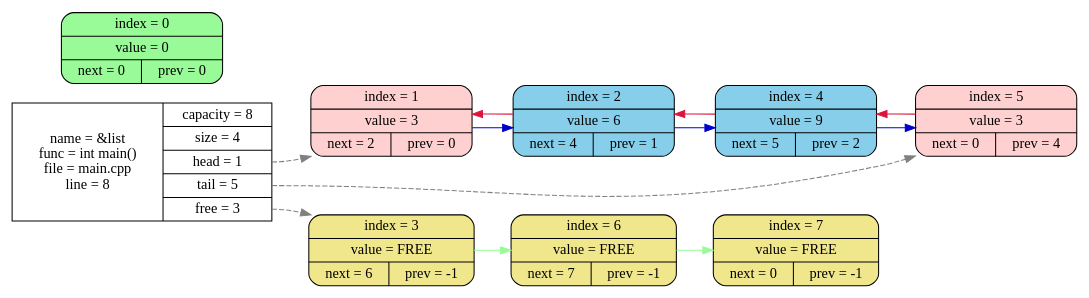
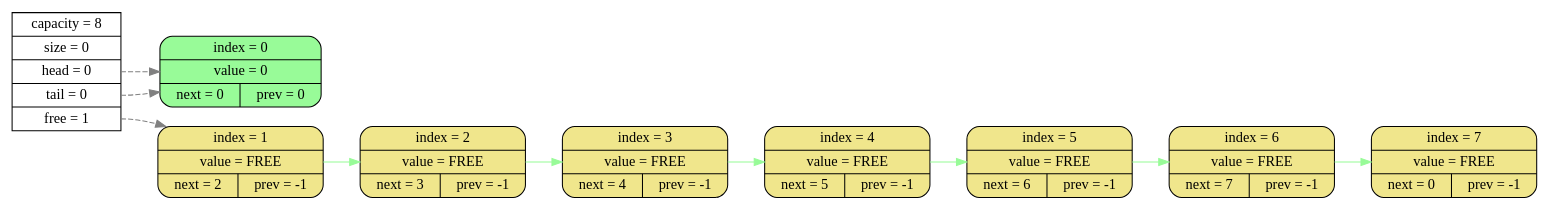
One commit to esgalimov/list changed the diagram in graphiz.dot. Above: the diagram before and after it, drawn with Graphviz. The commit also changed 15 other files, not shown here.

```diff
--- a/graphiz.dot
+++ b/graphiz.dot
@@ -1,34 +1,31 @@
 digraph
 {
     rankdir = LR;
-    node_info[shape = record, label = "{{name = &list \n func = int main() \n file = main.cpp \n
-              line = 8} | {capacity = 8 | size = 4 | <f0> head = 1 | <f1> tail = 5 | <f2> free = 3}}"];
+    node_info[shape = record, label = "{{capacity = 8 | size = 0 | <f0> head = 0 | <f1> tail = 0 | <f2> free = 1}}"];
 
     node0[shape = Mrecord, label = "{index = 0} | {value = 0} | {next = 0 | prev = 0}",
             style="filled", fillcolor="#98FB98"];
-    node1[shape = Mrecord, label = "{index = 1} | {value = 3} | {next = 2 | prev = 0}",
-            style="filled", fillcolor="#FFD0D0"];
-    node2[shape = Mrecord, label = "{index = 2} | {value = 6} | {next = 4 | prev = 1}",
-            style="filled", fillcolor="#87CEEB"];
-    node3[shape = Mrecord, label = "{index = 3} | {value = FREE} | {next = 6 | prev = -1}",
+    node1[shape = Mrecord, label = "{index = 1} | {value = FREE} | {next = 2 | prev = -1}",
             style="filled", fillcolor="#F0E68C"];
-    node4[shape = Mrecord, label = "{index = 4} | {value = 9} | {next = 5 | prev = 2}",
-            style="filled", fillcolor="#87CEEB"];
-    node5[shape = Mrecord, label = "{index = 5} | {value = 3} | {next = 0 | prev = 4}",
-            style="filled", fillcolor="#FFD0D0"];
+    node2[shape = Mrecord, label = "{index = 2} | {value = FREE} | {next = 3 | prev = -1}",
+            style="filled", fillcolor="#F0E68C"];
+    node3[shape = Mrecord, label = "{index = 3} | {value = FREE} | {next = 4 | prev = -1}",
+            style="filled", fillcolor="#F0E68C"];
+    node4[shape = Mrecord, label = "{index = 4} | {value = FREE} | {next = 5 | prev = -1}",
+            style="filled", fillcolor="#F0E68C"];
+    node5[shape = Mrecord, label = "{index = 5} | {value = FREE} | {next = 6 | prev = -1}",
+            style="filled", fillcolor="#F0E68C"];
     node6[shape = Mrecord, label = "{index = 6} | {value = FREE} | {next = 7 | prev = -1}",
             style="filled", fillcolor="#F0E68C"];
     node7[shape = Mrecord, label = "{index = 7} | {value = FREE} | {next = 0 | prev = -1}",
             style="filled", fillcolor="#F0E68C"];
-    node1->node2 [color = "#0000CD"];
-    node2->node1 [color = "#DC143C"];
-    node2->node4 [color = "#0000CD"];
-    node3->node6 [color = "#98FB98"];
-    node4->node2 [color = "#DC143C"];
-    node4->node5 [color = "#0000CD"];
-    node5->node4 [color = "#DC143C"];
+    node1->node2 [color = "#98FB98"];
+    node2->node3 [color = "#98FB98"];
+    node3->node4 [color = "#98FB98"];
+    node4->node5 [color = "#98FB98"];
+    node5->node6 [color = "#98FB98"];
     node6->node7 [color = "#98FB98"];
-    node_info:<f0>->node1 [color = "gray", style="dashed"];
-    node_info:<f1>->node5 [color = "gray", style="dashed"];
-    node_info:<f2>->node3 [color = "gray", style="dashed"];
+    node_info:<f0>->node0 [color = "gray", style="dashed"];
+    node_info:<f1>->node0 [color = "gray", style="dashed"];
+    node_info:<f2>->node1 [color = "gray", style="dashed"];
 }
```
